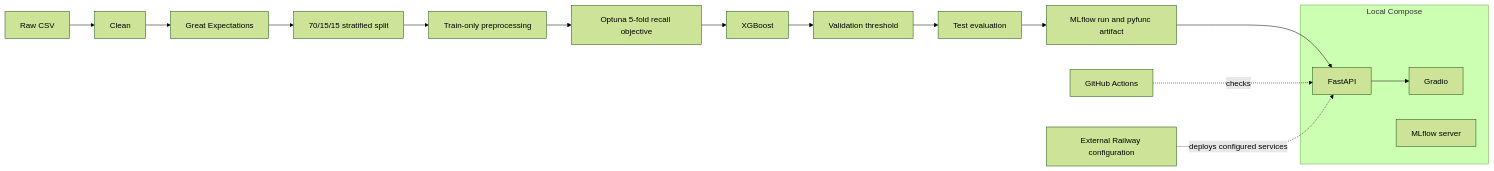
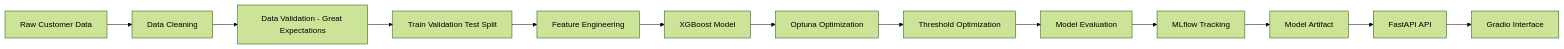
Before and after one commit to nadasd/telco-customer-churn-ml: the diagram in README.md, drawn with Mermaid (forest theme). The commit also changed other lines of this file, not shown here.

````diff
--- a/README.md
+++ b/README.md
@@ -15,21 +47,15 @@
-```mermaid
+``` mermaid
 flowchart LR
-  CSV[Raw CSV] --> CLEAN[Clean]
-  CLEAN --> GX[Great Expectations]
-  GX --> SPLIT[70/15/15 stratified split]
-  SPLIT --> PREP[Train-only preprocessing]
-  PREP --> TUNE[Optuna 5-fold recall objective]
-  TUNE --> TRAIN[XGBoost]
-  TRAIN --> THRESH[Validation threshold]
-  THRESH --> EVAL[Test evaluation]
-  EVAL --> MLF[MLflow run and pyfunc artifact]
-  MLF --> API[FastAPI]
-  API --> UI[Gradio]
-  subgraph Local[Local Compose]
-    MLFLOW[MLflow server]
-    API
-    UI
-  end
-  CI[GitHub Actions] -. checks .-> API
-  RAILWAY[External Railway configuration] -. deploys configured services .-> API
+A[Raw Customer Data] --> B[Data Cleaning]
+B --> C[Data Validation - Great Expectations]
+C --> D[Train Validation Test Split]
+D --> E[Feature Engineering]
+E --> F[XGBoost Model]
+F --> G[Optuna Optimization]
+G --> H[Threshold Optimization]
+H --> I[Model Evaluation]
+I --> J[MLflow Tracking]
+J --> K[Model Artifact]
+K --> L[FastAPI API]
+L --> M[Gradio Interface]
 ```
````
